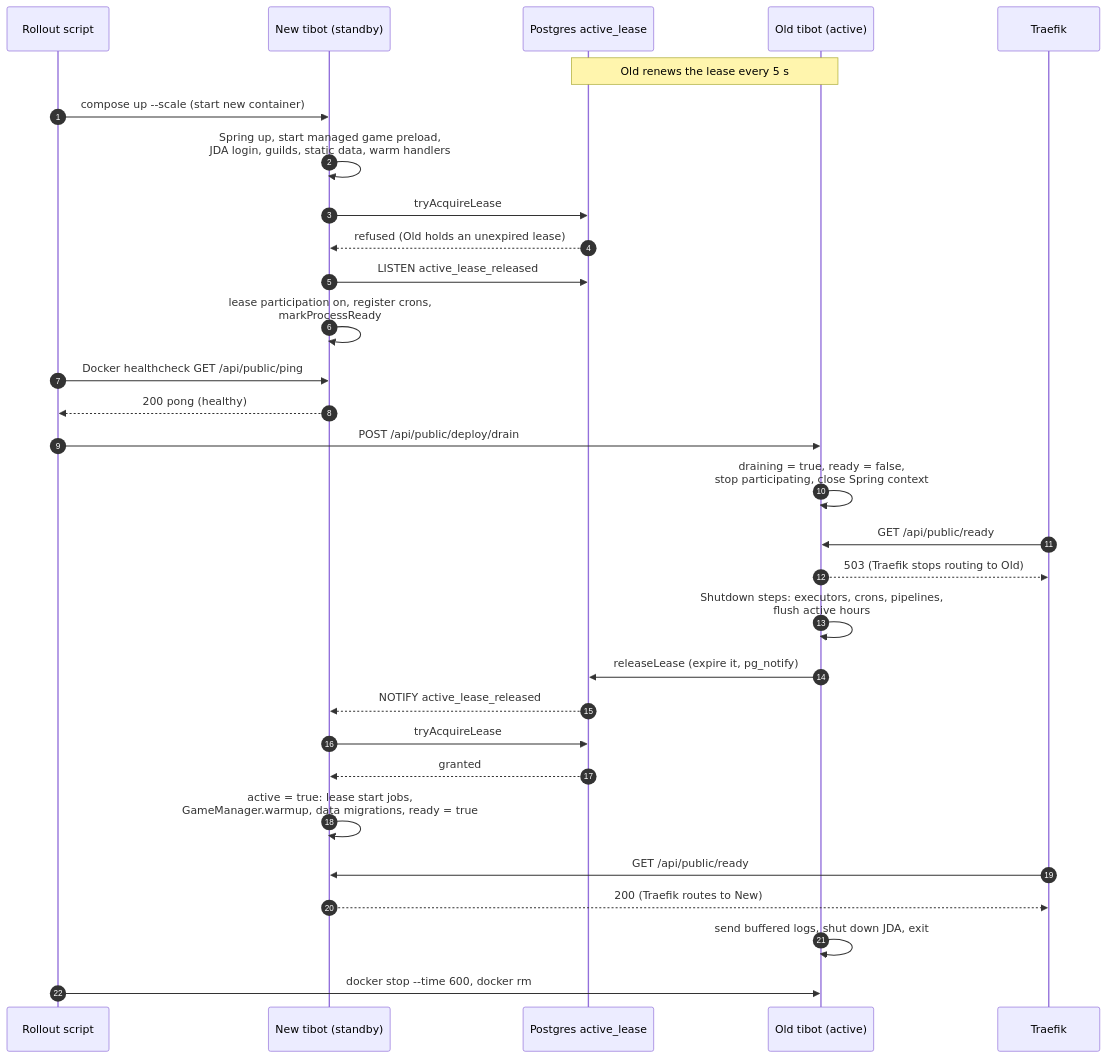
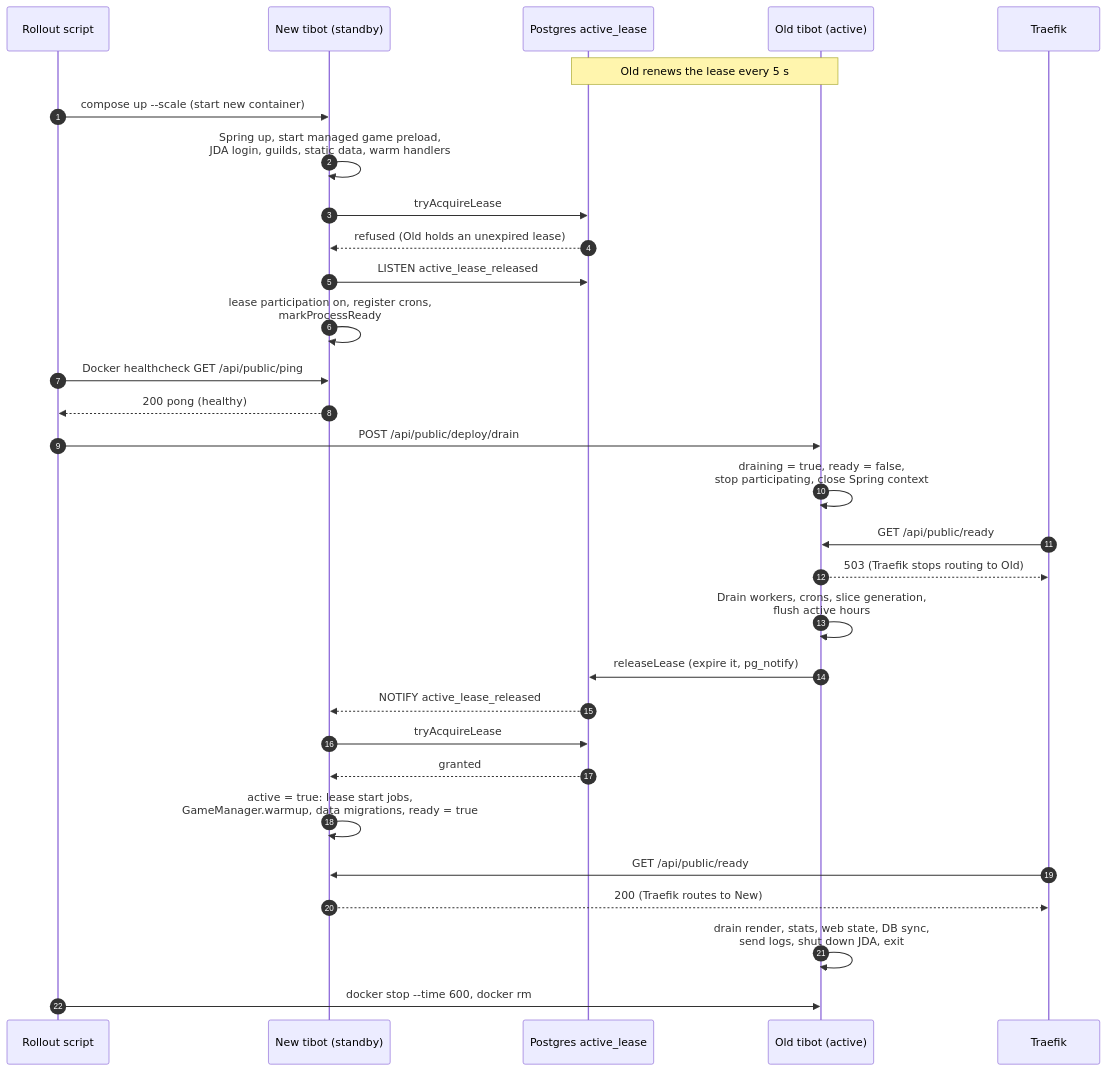
The third of 5 diagrams in DEPLOYMENT.md (AsyncTI4/TI4_map_generator_bot), drawn with Mermaid before and after one commit. The commit also changed other lines of this file and 14 other files, not shown here.

````diff
--- a/DEPLOYMENT.md
+++ b/DEPLOYMENT.md
@@ -106,33 +106,33 @@
 ```mermaid
 sequenceDiagram
     autonumber
     participant Script as Rollout script
     participant New as New tibot (standby)
     participant DB as Postgres active_lease
     participant Old as Old tibot (active)
     participant Traefik
 
     Note over Old,DB: Old renews the lease every 5 s
     Script->>New: compose up --scale (start new container)
     New->>New: Spring up, start managed game preload,<br/>JDA login, guilds, static data, warm handlers
     New->>DB: tryAcquireLease
     DB-->>New: refused (Old holds an unexpired lease)
     New->>DB: LISTEN active_lease_released
     New->>New: lease participation on, register crons,<br/>markProcessReady
     Script->>New: Docker healthcheck GET /api/public/ping
     New-->>Script: 200 pong (healthy)
     Script->>Old: POST /api/public/deploy/drain
     Old->>Old: draining = true, ready = false,<br/>stop participating, close Spring context
     Traefik->>Old: GET /api/public/ready
     Old-->>Traefik: 503 (Traefik stops routing to Old)
-    Old->>Old: Shutdown steps: executors, crons, pipelines,<br/>flush active hours
+    Old->>Old: Drain workers, crons, slice generation,<br/>flush active hours
     Old->>DB: releaseLease (expire it, pg_notify)
     DB-->>New: NOTIFY active_lease_released
     New->>DB: tryAcquireLease
     DB-->>New: granted
     New->>New: active = true: lease start jobs,<br/>GameManager.warmup, data migrations, ready = true
     Traefik->>New: GET /api/public/ready
     New-->>Traefik: 200 (Traefik routes to New)
-    Old->>Old: send buffered logs, shut down JDA, exit
+    Old->>Old: drain render, stats, web state, DB sync,<br/>send logs, shut down JDA, exit
     Script->>Old: docker stop --time 600, docker rm
 ```
````
